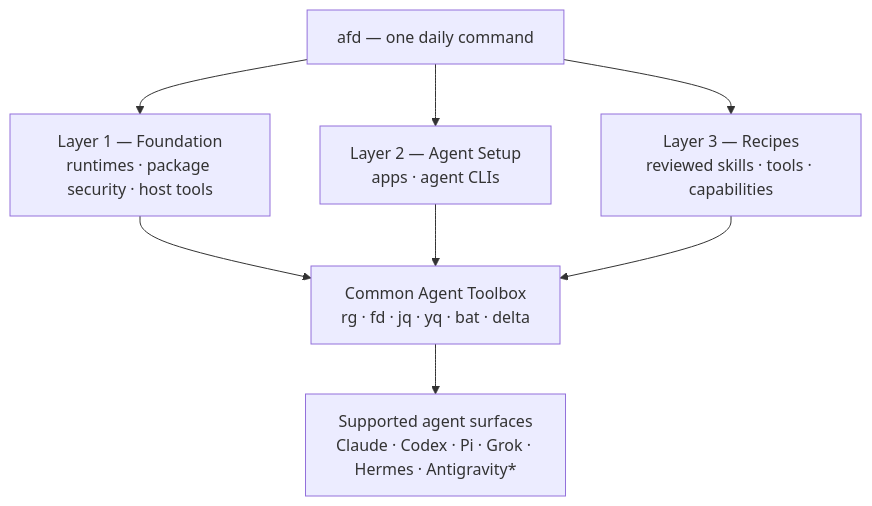
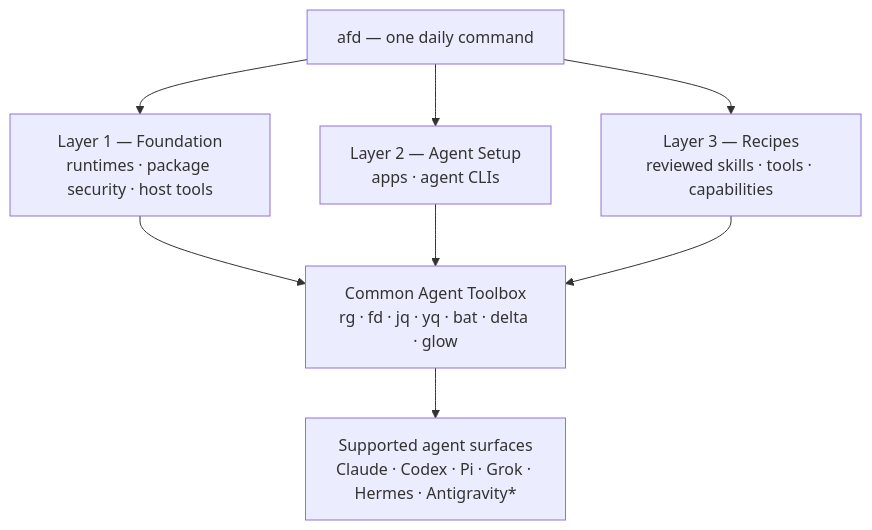
One commit to smota/ai-foundry-desk changed the diagram in README.md. Above: the diagram before and after it, drawn with Mermaid. The commit also changed other lines of this file and 25 other files, not shown here.

````diff
--- a/README.md
+++ b/README.md
@@ -71,17 +71,17 @@
 ```mermaid
 flowchart TB
     A["afd — one daily command"]
     L1["Layer 1 — Foundation<br/>runtimes · package security · host tools"]
     L2["Layer 2 — Agent Setup<br/>apps · agent CLIs"]
     L3["Layer 3 — Recipes<br/>reviewed skills · tools · capabilities"]
-    T["Common Agent Toolbox<br/>rg · fd · jq · yq · bat · delta"]
+    T["Common Agent Toolbox<br/>rg · fd · jq · yq · bat · delta · glow"]
     G["Supported agent surfaces<br/>Claude · Codex · Pi · Grok · Hermes · Antigravity*"]
 
     A --> L1
     A --> L2
     A --> L3
     L1 --> T
     L2 --> T
     L3 --> T
     T --> G
 ```
````
